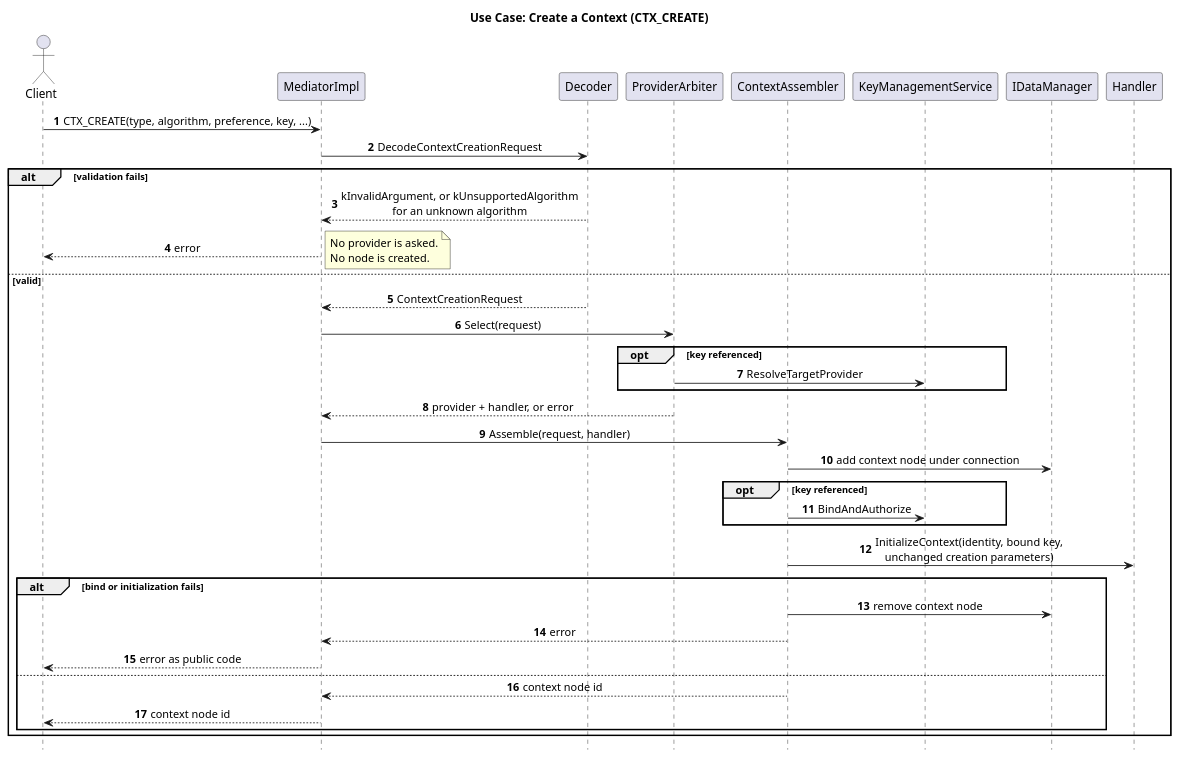
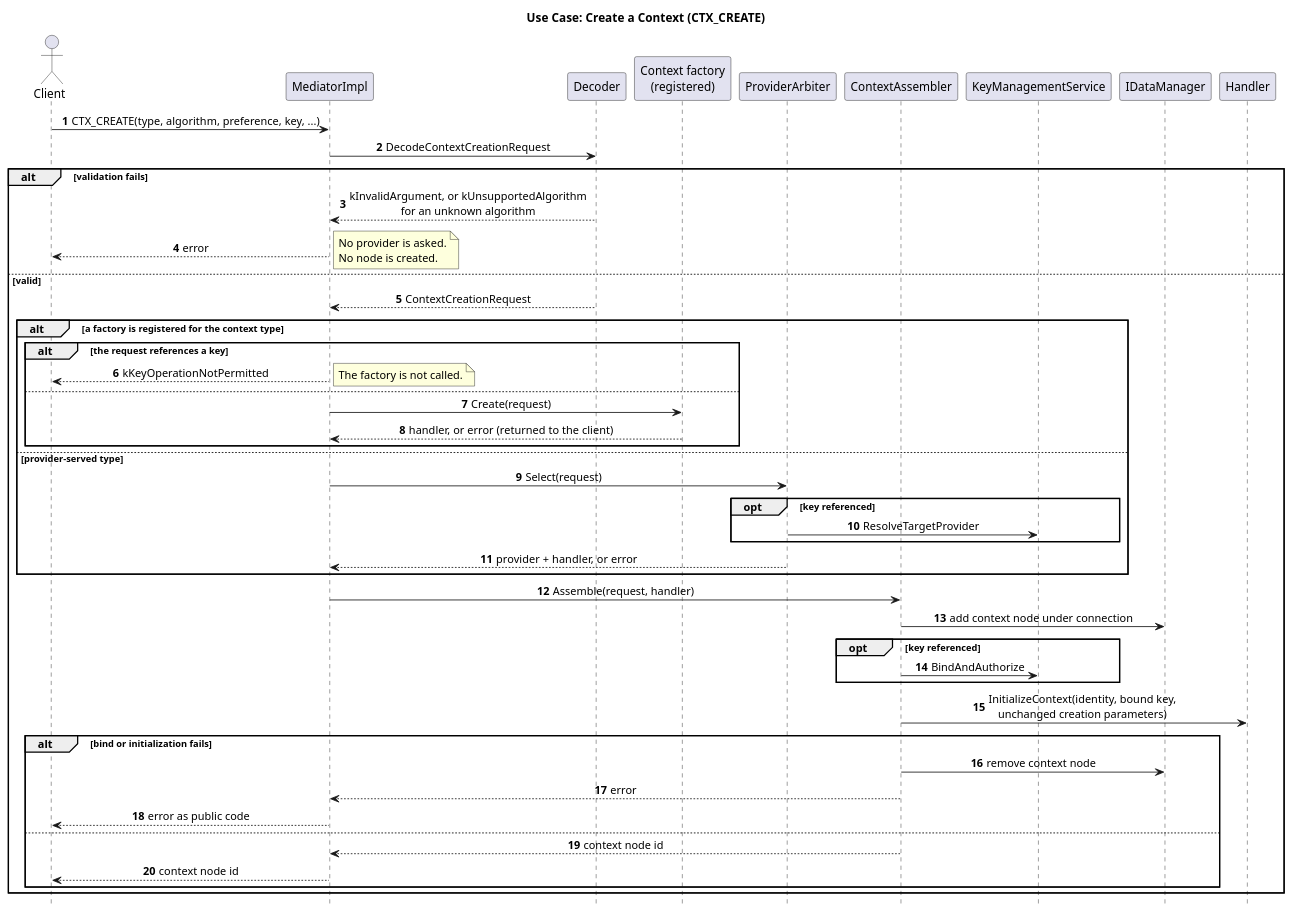
The diagram in score/crypto/src/daemon/mediator/docs/detailed_design/uc_context_creation.puml (eclipse-score/crypto), drawn with PlantUML before and after one commit. The commit also changed 40 other files, not shown here.

Commit message:
Integrate mediator registry and factory

```diff
--- a/score/crypto/src/daemon/mediator/docs/detailed_design/uc_context_creation.puml
+++ b/score/crypto/src/daemon/mediator/docs/detailed_design/uc_context_creation.puml
@@ -14,46 +14,57 @@
 @startuml uc_context_creation
 title Use Case: Create a Context (CTX_CREATE)
 autonumber
 hide footbox
 skinparam shadowing false
 skinparam defaultFontName Arial
 skinparam sequenceMessageAlign center
 
 actor Client
 participant "MediatorImpl" as Mediator
 participant "Decoder" as Decoder
+participant "Context factory\n(registered)" as Factory
 participant "ProviderArbiter" as Arbiter
 participant "ContextAssembler" as Assembler
 participant "KeyManagementService" as KeyMgmt
 participant "IDataManager" as DataMgr
 participant "Handler" as Handler
 
 Client -> Mediator : CTX_CREATE(type, algorithm, preference, key, ...)
 Mediator -> Decoder : DecodeContextCreationRequest
 alt validation fails
   Decoder --> Mediator : kInvalidArgument, or kUnsupportedAlgorithm\nfor an unknown algorithm
   Mediator --> Client : error
   note right: No provider is asked.\nNo node is created.
 else valid
   Decoder --> Mediator : ContextCreationRequest
-  Mediator -> Arbiter : Select(request)
-  opt key referenced
-    Arbiter -> KeyMgmt : ResolveTargetProvider
+  alt a factory is registered for the context type
+    alt the request references a key
+      Mediator --> Client : kKeyOperationNotPermitted
+      note right: The factory is not called.
+    else
+      Mediator -> Factory : Create(request)
+      Factory --> Mediator : handler, or error (returned to the client)
+    end
+  else provider-served type
+    Mediator -> Arbiter : Select(request)
+    opt key referenced
+      Arbiter -> KeyMgmt : ResolveTargetProvider
+    end
+    Arbiter --> Mediator : provider + handler, or error
   end
-  Arbiter --> Mediator : provider + handler, or error
   Mediator -> Assembler : Assemble(request, handler)
   Assembler -> DataMgr : add context node under connection
   opt key referenced
     Assembler -> KeyMgmt : BindAndAuthorize
   end
   Assembler -> Handler : InitializeContext(identity, bound key,\nunchanged creation parameters)
   alt bind or initialization fails
     Assembler -> DataMgr : remove context node
     Assembler --> Mediator : error
     Mediator --> Client : error as public code
   else
     Assembler --> Mediator : context node id
     Mediator --> Client : context node id
   end
 end
 @enduml
```
